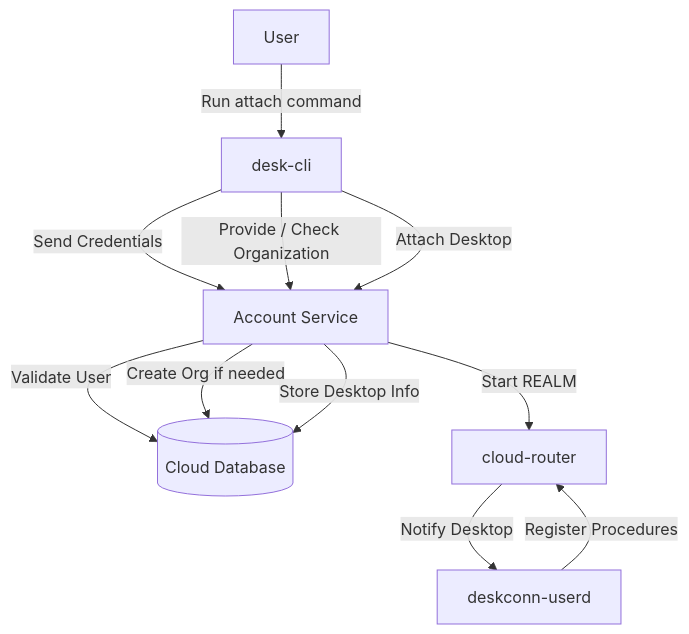
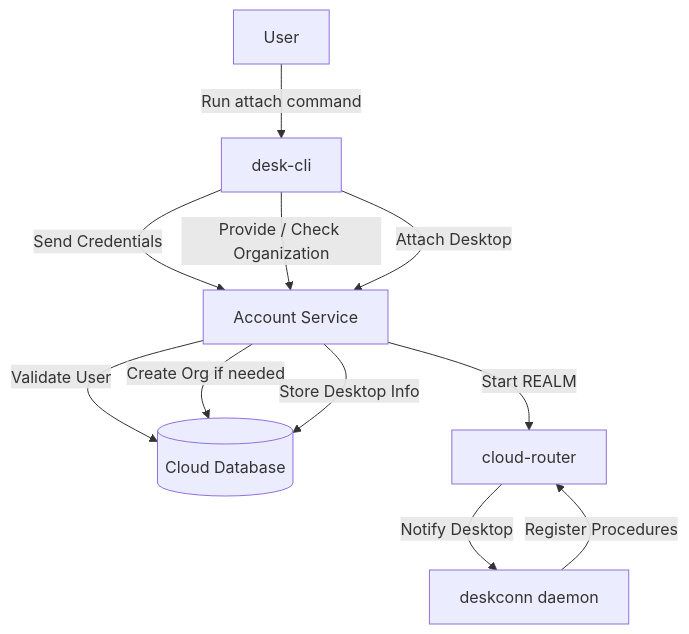
One commit to xconnio/deskconn changed the third of 5 diagrams in architecture/architecture.md. Above: the diagram before and after it, drawn with Mermaid. The commit also changed other lines of this file and 14 other files, not shown here.

Commit message:
rename deskconn-userd service to deskconn

````diff
--- a/architecture/architecture.md
+++ b/architecture/architecture.md
@@ -35,27 +35,27 @@
 ```mermaid
 flowchart TD
 
 User[User]
 DeskconnCLI[desk-cli]
 AccountService[Account Service]
 CloudDB[(Cloud Database)]
 CloudRouter[cloud-router]
-Deskconnd[deskconn-userd]
+Deskconnd[deskconn daemon]
 
 User -->|Run attach command| DeskconnCLI
 
 DeskconnCLI -->|Send Credentials| AccountService
 AccountService -->|Validate User| CloudDB
 
 DeskconnCLI -->|Provide / Check Organization| AccountService
 AccountService -->|Create Org if needed| CloudDB
 
 DeskconnCLI -->|Attach Desktop| AccountService
 AccountService -->|Store Desktop Info| CloudDB
 
 AccountService -->|Start REALM| CloudRouter
 
 CloudRouter -->|Notify Desktop| Deskconnd
 
 Deskconnd -->|Register Procedures| CloudRouter
 ```
````
